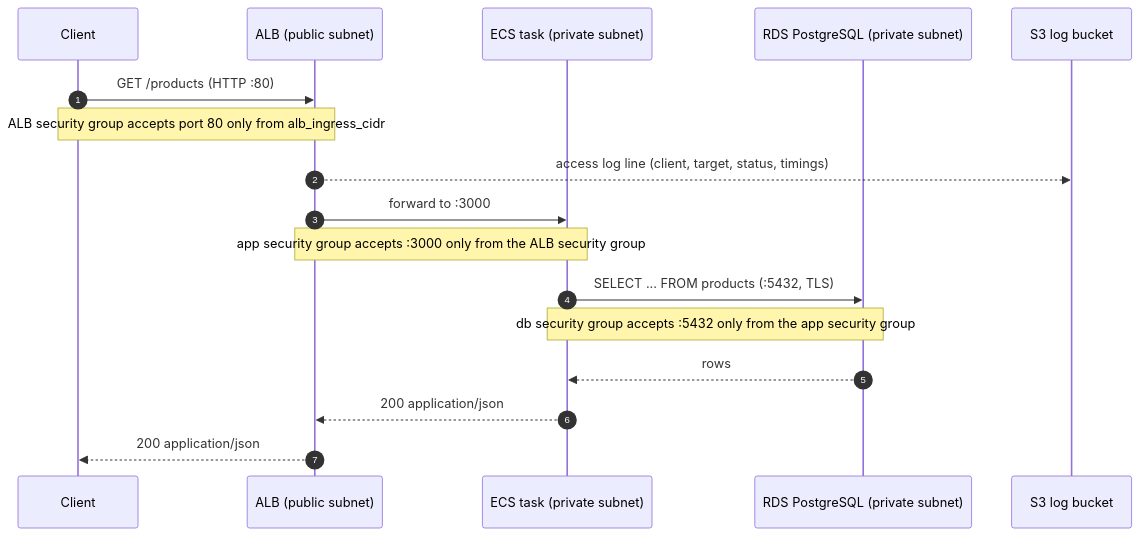
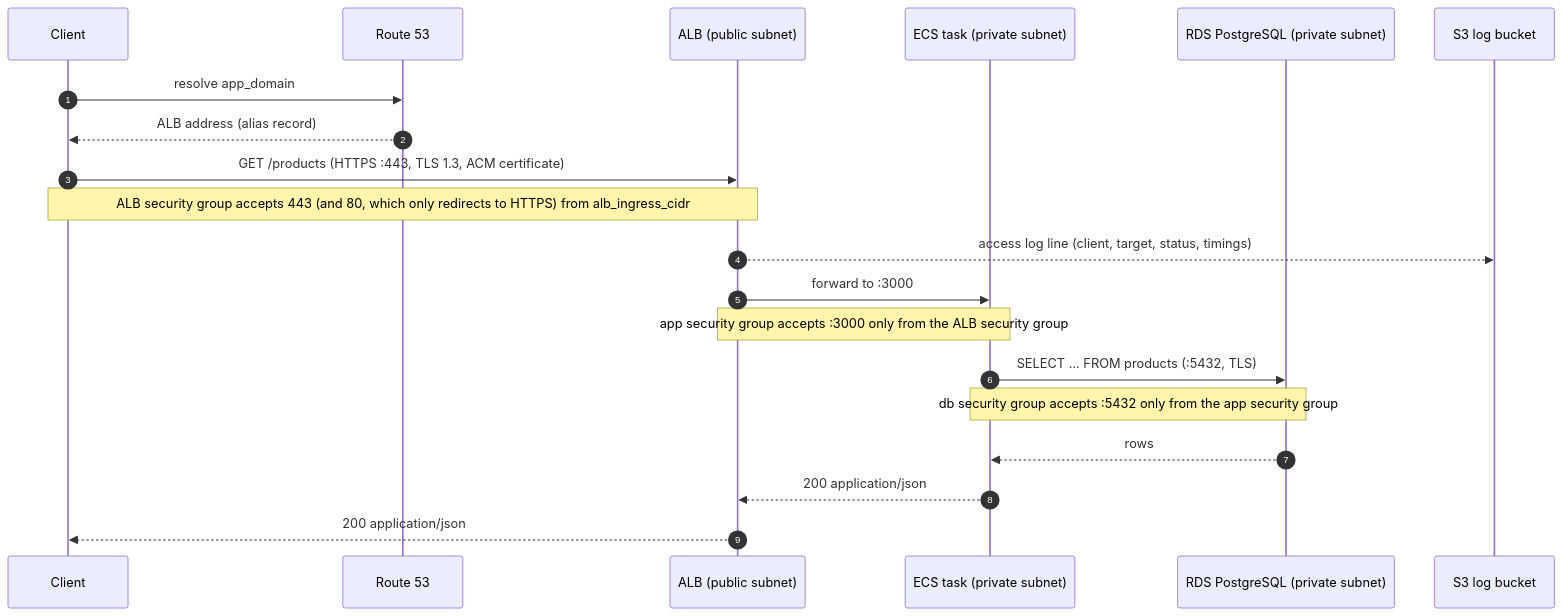
Before and after one commit to bdahiya2007/secure-containerized-microservices-app-aws: the second of 6 diagrams in docs/Architecture.md, drawn with Mermaid. The commit also changed other lines of this file and 6 other files, not shown here.

First line of the commit message:
Document HTTPS as applied and update the architecture diagrams

````diff
--- a/docs/Architecture.md
+++ b/docs/Architecture.md
@@ -93,20 +98,23 @@
 ```mermaid
 sequenceDiagram
   autonumber
   participant C as Client
+  participant R as Route 53
   participant ALB as ALB (public subnet)
   participant T as ECS task (private subnet)
   participant DB as RDS PostgreSQL (private subnet)
   participant L as S3 log bucket
 
-  C->>ALB: GET /products (HTTP :80)
-  Note over C,ALB: ALB security group accepts port 80 only from alb_ingress_cidr
+  C->>R: resolve app_domain
+  R-->>C: ALB address (alias record)
+  C->>ALB: GET /products (HTTPS :443, TLS 1.3, ACM certificate)
+  Note over C,ALB: ALB security group accepts 443 (and 80, which only redirects to HTTPS) from alb_ingress_cidr
   ALB-->>L: access log line (client, target, status, timings)
   ALB->>T: forward to :3000
   Note over ALB,T: app security group accepts :3000 only from the ALB security group
   T->>DB: SELECT ... FROM products (:5432, TLS)
   Note over T,DB: db security group accepts :5432 only from the app security group
   DB-->>T: rows
   T-->>ALB: 200 application/json
   ALB-->>C: 200 application/json
 ```
````
